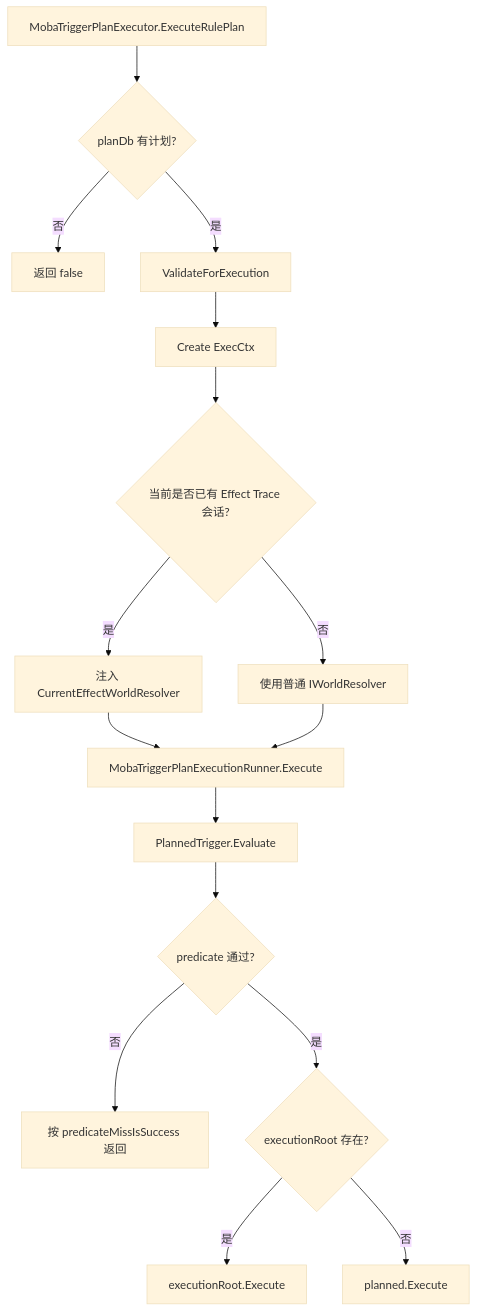
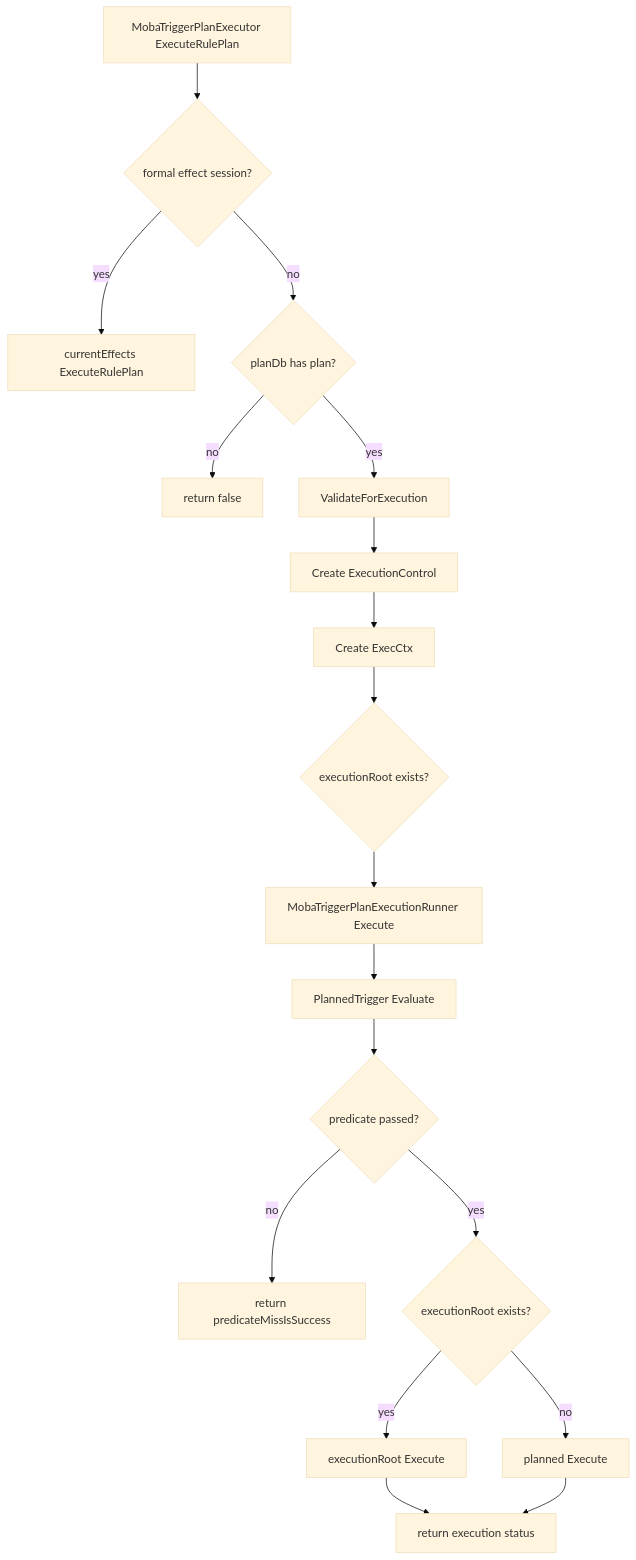
One commit to Kurumioi/AbilityKit changed the fourth of 6 diagrams in Docs/design/08-GameplayModules/02-TriggeringSystem.md. Above: the diagram before and after it, drawn with Mermaid (base theme). The commit also changed other lines of this file and 389 other files, not shown here.

````diff
--- a/Docs/design/08-GameplayModules/02-TriggeringSystem.md
+++ b/Docs/design/08-GameplayModules/02-TriggeringSystem.md
@@ -320,18 +330,20 @@
 ```mermaid
 flowchart TD
-    A[MobaTriggerPlanExecutor.ExecuteRulePlan] --> B{planDb 有计划?}
-    B -- 否 --> X[返回 false]
-    B -- 是 --> C[ValidateForExecution]
-    C --> D["Create ExecCtx<IWorldResolver>"]
-    D --> E{当前是否已有 Effect Trace 会话?}
-    E -- 是 --> F[注入 CurrentEffectWorldResolver]
-    E -- 否 --> G[使用普通 IWorldResolver]
-    F --> H[MobaTriggerPlanExecutionRunner.Execute]
-    G --> H
-    H --> I[PlannedTrigger.Evaluate]
-    I --> J{predicate 通过?}
-    J -- 否 --> K[按 predicateMissIsSuccess 返回]
-    J -- 是 --> L{executionRoot 存在?}
-    L -- 是 --> M[executionRoot.Execute]
-    L -- 否 --> N[planned.Execute]
+    A[MobaTriggerPlanExecutor ExecuteRulePlan] --> B{formal effect session?}
+    B -- yes --> C[currentEffects ExecuteRulePlan]
+    B -- no --> D{planDb has plan?}
+    D -- no --> X[return false]
+    D -- yes --> E[ValidateForExecution]
+    E --> F[Create ExecutionControl]
+    F --> G[Create ExecCtx]
+    G --> H{executionRoot exists?}
+    H --> I[MobaTriggerPlanExecutionRunner Execute]
+    I --> J[PlannedTrigger Evaluate]
+    J --> K{predicate passed?}
+    K -- no --> L[return predicateMissIsSuccess]
+    K -- yes --> M{executionRoot exists?}
+    M -- yes --> N[executionRoot Execute]
+    M -- no --> O[planned Execute]
+    N --> P[return execution status]
+    O --> P
 ```
````
